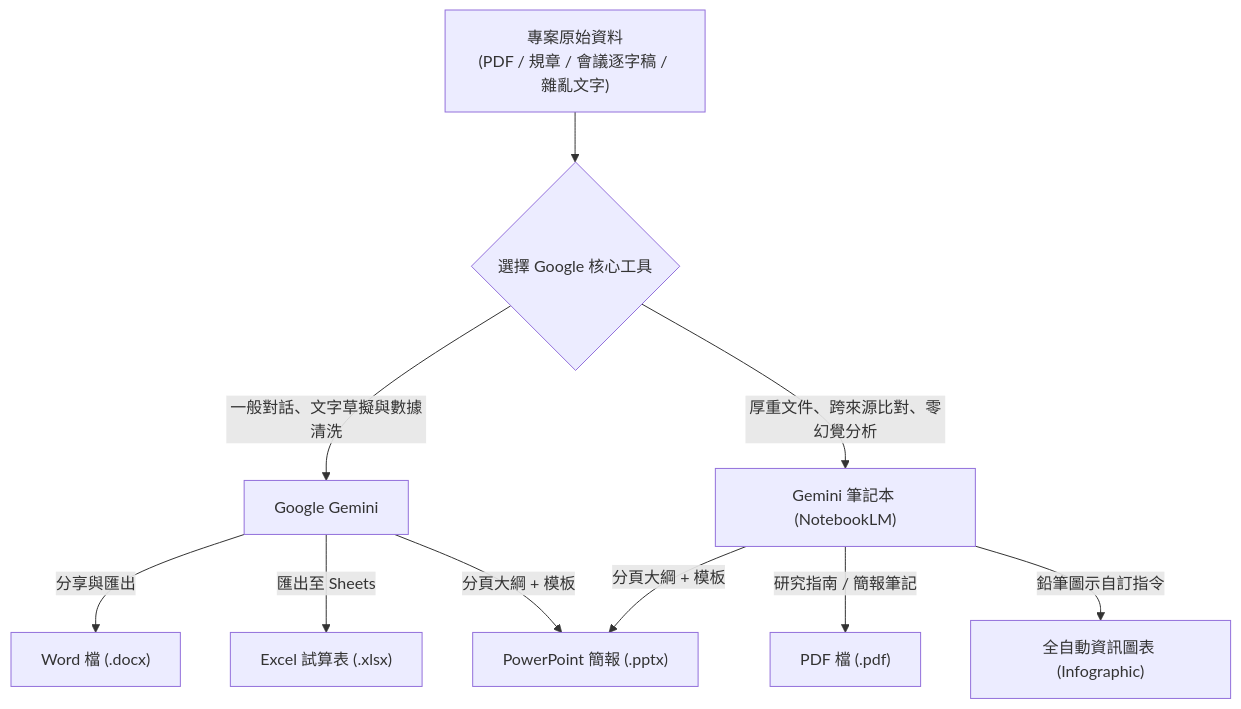
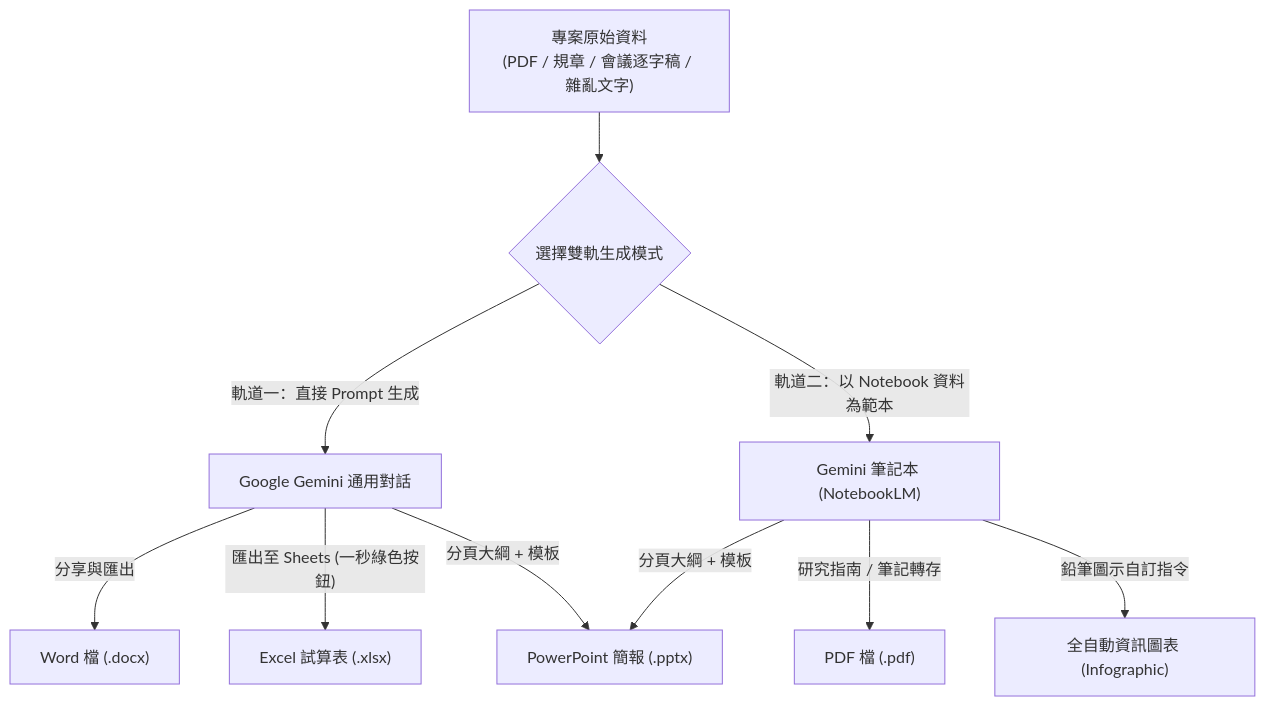
The diagram in 常見的AI應用/Gemini辦公室全能應用/README.md (roberthsu2003/workflow-productivity), drawn with Mermaid before and after one commit. The commit also changed other lines of this file and 16 other files, not shown here.

````diff
--- a/常見的AI應用/Gemini辦公室全能應用/README.md
+++ b/常見的AI應用/Gemini辦公室全能應用/README.md
@@ -38,15 +49,15 @@
 ```mermaid
 graph TD
-    A["專案原始資料<br>(PDF / 規章 / 會議逐字稿 / 雜亂文字)"] --> B{"選擇 Google 核心工具"}
+    A["專案原始資料<br>(PDF / 規章 / 會議逐字稿 / 雜亂文字)"] --> B{"選擇雙軌生成模式"}
     
-    B -->|"一般對話、文字草擬與數據清洗"| C["Google Gemini"]
-    B -->|"厚重文件、跨來源比對、零幻覺分析"| D["Gemini 筆記本 (NotebookLM)"]
+    B -->|"軌道一：直接 Prompt 生成"| C["Google Gemini 通用對話"]
+    B -->|"軌道二：以 Notebook 資料為範本"| D["Gemini 筆記本 (NotebookLM)"]
     
     C -->|"分享與匯出"| E["Word 檔 (.docx)"]
-    C -->|"匯出至 Sheets"| F["Excel 試算表 (.xlsx)"]
+    C -->|"匯出至 Sheets (一秒綠色按鈕)"| F["Excel 試算表 (.xlsx)"]
     
-    D -->|"研究指南 / 簡報筆記"| G["PDF 檔 (.pdf)"]
+    D -->|"研究指南 / 筆記轉存"| G["PDF 檔 (.pdf)"]
     D -->|"鉛筆圖示自訂指令"| H["全自動資訊圖表 (Infographic)"]
     
     C & D -->|"分頁大綱 + 模板"| I["PowerPoint 簡報 (.pptx)"]
 ```
````
